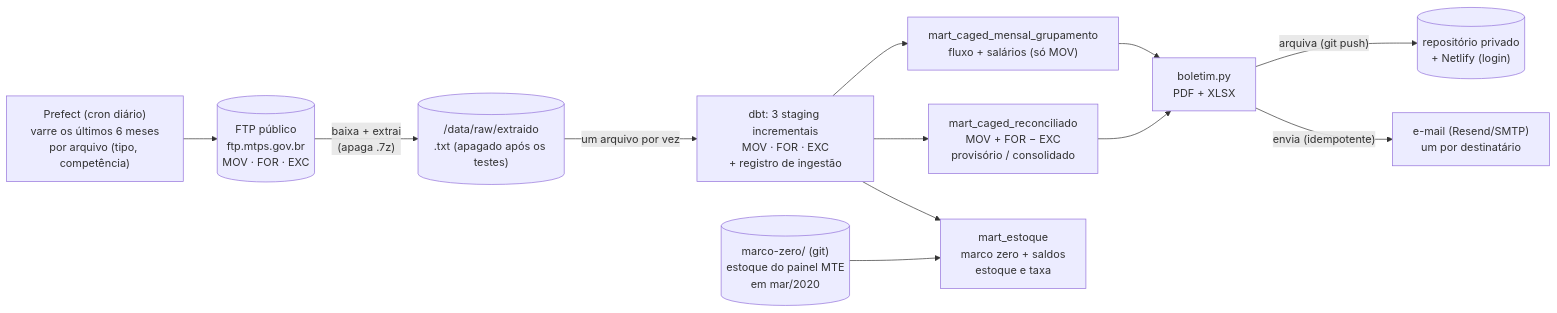
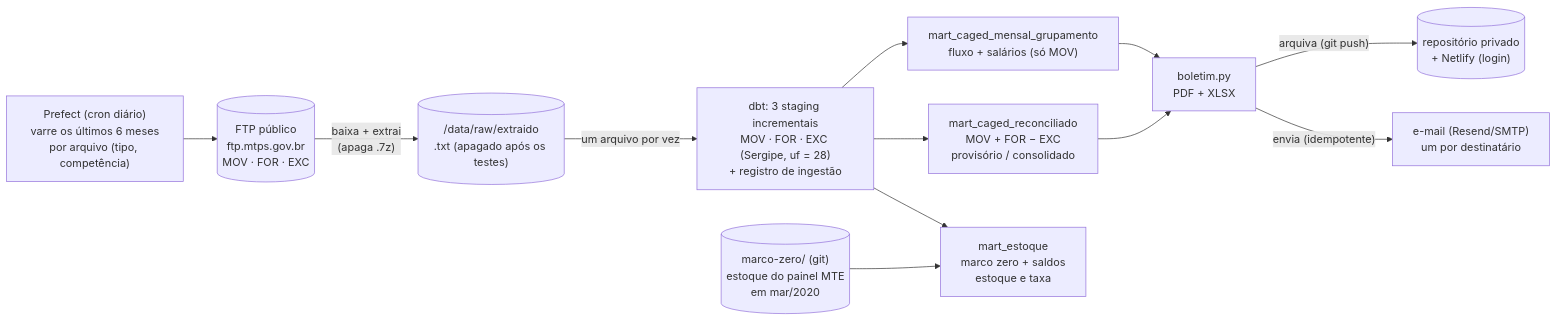
One commit to raulleninis/heco-caged-datastack changed the first of 2 diagrams in README.md. Above: the diagram before and after it, drawn with Mermaid. The commit also changed other lines of this file and 24 other files, not shown here.

````diff
--- a/README.md
+++ b/README.md
@@ -16,26 +16,26 @@
 ```mermaid
 flowchart LR
     FTP[("FTP público<br/>ftp.mtps.gov.br<br/>MOV · FOR · EXC")]
     SCAN["Prefect (cron diário)<br/>varre os últimos 6 meses<br/>por arquivo (tipo, competência)"]
     RAW[("/data/raw/extraido<br/>.txt (apagado após os testes)")]
-    STG["dbt: 3 staging incrementais<br/>MOV · FOR · EXC<br/>+ registro de ingestão"]
+    STG["dbt: 3 staging incrementais<br/>MOV · FOR · EXC (Sergipe, uf = 28)<br/>+ registro de ingestão"]
     MART1["mart_caged_mensal_grupamento<br/>fluxo + salários (só MOV)"]
     MART2["mart_caged_reconciliado<br/>MOV + FOR − EXC<br/>provisório / consolidado"]
     MZ[("marco-zero/ (git)<br/>estoque do painel MTE<br/>em mar/2020")]
     MART3["mart_estoque<br/>marco zero + saldos<br/>estoque e taxa"]
     BOL["boletim.py<br/>PDF + XLSX"]
     ARQ[("repositório privado<br/>+ Netlify (login)")]
     MAIL["e-mail (Resend/SMTP)<br/>um por destinatário"]
 
     FTP -->|"baixa + extrai<br/>(apaga .7z)"| RAW
     SCAN --> FTP
     RAW -->|"um arquivo por vez"| STG
     STG --> MART1
     STG --> MART2
     STG --> MART3
     MZ --> MART3
     MART1 --> BOL
     MART2 --> BOL
     BOL -->|"arquiva (git push)"| ARQ
     BOL -->|"envia (idempotente)"| MAIL
 ```
````
